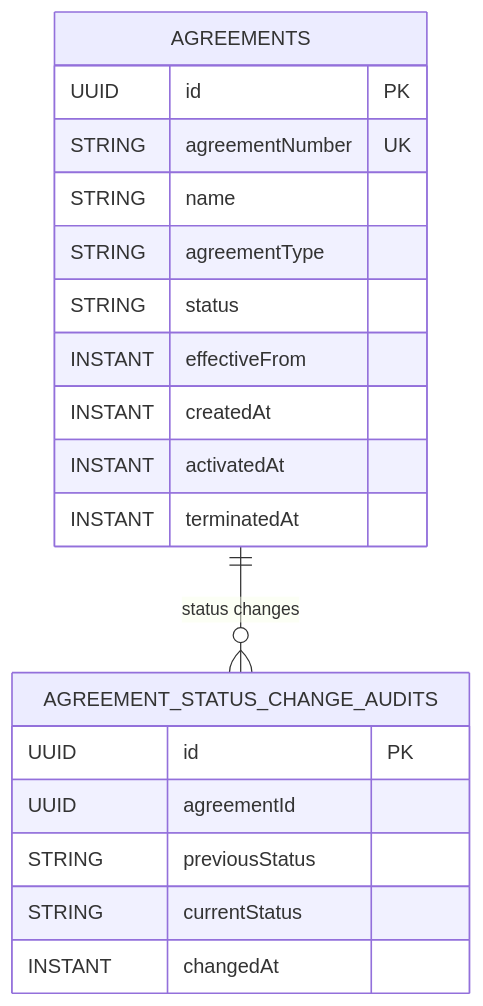
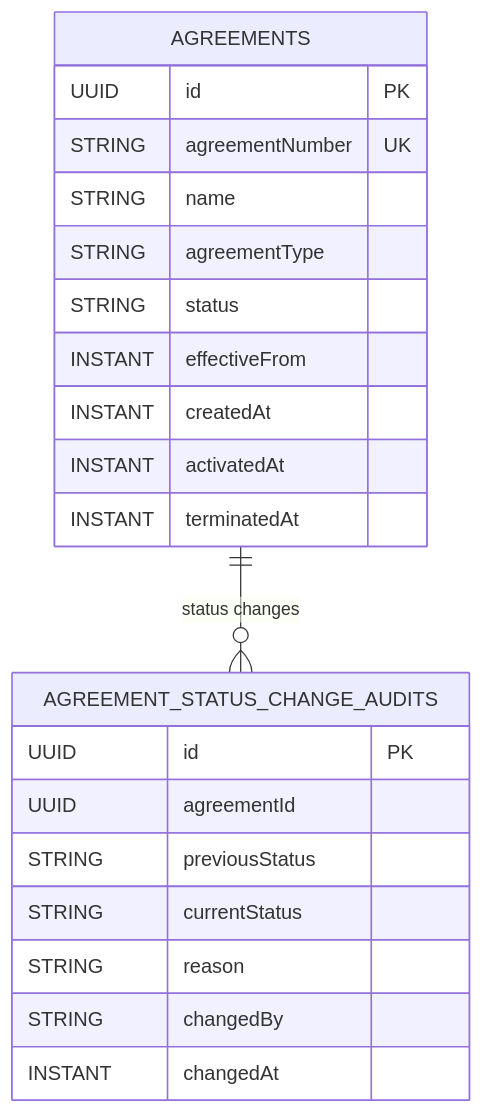
Before and after one commit to ArcanaERP/platform: the diagram in docs/agreements-data-model.md, drawn with Mermaid. The commit also changed other lines of this file and 11 other files, not shown here.

````diff
--- a/docs/agreements-data-model.md
+++ b/docs/agreements-data-model.md
@@ -7,22 +7,24 @@
 ```mermaid
 erDiagram
     AGREEMENTS {
       UUID id PK
       STRING agreementNumber UK
       STRING name
       STRING agreementType
       STRING status
       INSTANT effectiveFrom
       INSTANT createdAt
       INSTANT activatedAt
       INSTANT terminatedAt
     }
     AGREEMENT_STATUS_CHANGE_AUDITS {
       UUID id PK
       UUID agreementId
       STRING previousStatus
       STRING currentStatus
+      STRING reason
+      STRING changedBy
       INSTANT changedAt
     }
     AGREEMENTS ||--o{ AGREEMENT_STATUS_CHANGE_AUDITS : "status changes"
 ```
````
